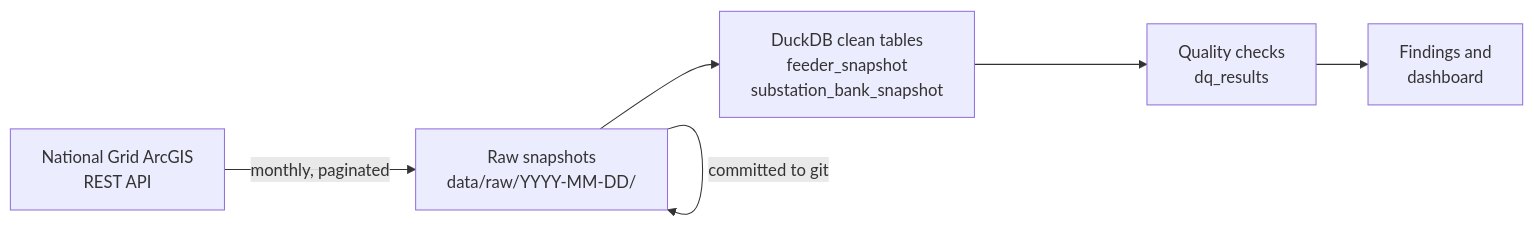
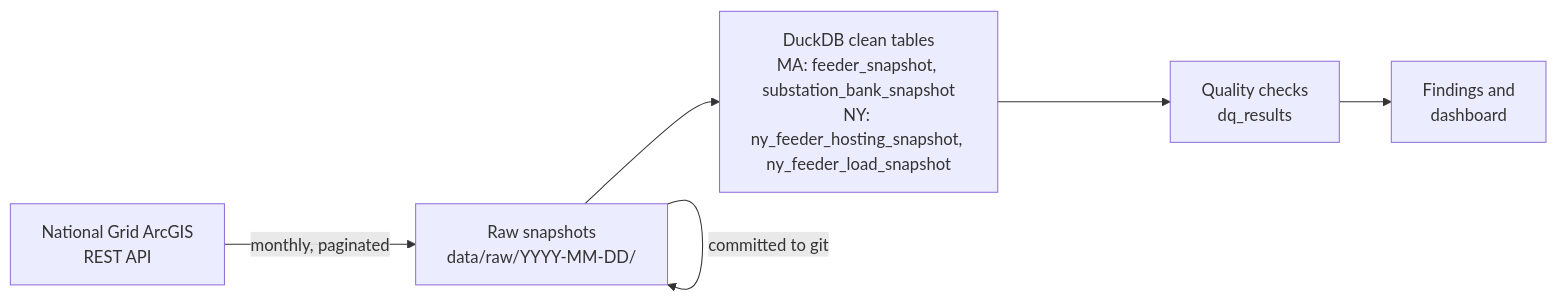
The diagram in README.md (SaloniRamanuj6/grid-headroom-tracker), drawn with Mermaid before and after one commit. The commit also changed other lines of this file, not shown here.

````diff
--- a/README.md
+++ b/README.md
@@ -21,8 +21,8 @@
 ```mermaid
 flowchart LR
     A[National Grid ArcGIS<br/>REST API] -->|monthly, paginated| B[Raw snapshots<br/>data/raw/YYYY-MM-DD/]
     B -->|committed to git| B
-    B --> C[DuckDB clean tables<br/>feeder_snapshot<br/>substation_bank_snapshot]
+    B --> C[DuckDB clean tables<br/>MA: feeder_snapshot, substation_bank_snapshot<br/>NY: ny_feeder_hosting_snapshot, ny_feeder_load_snapshot]
     C --> D[Quality checks<br/>dq_results]
     D --> E[Findings and<br/>dashboard]
 ```
````
